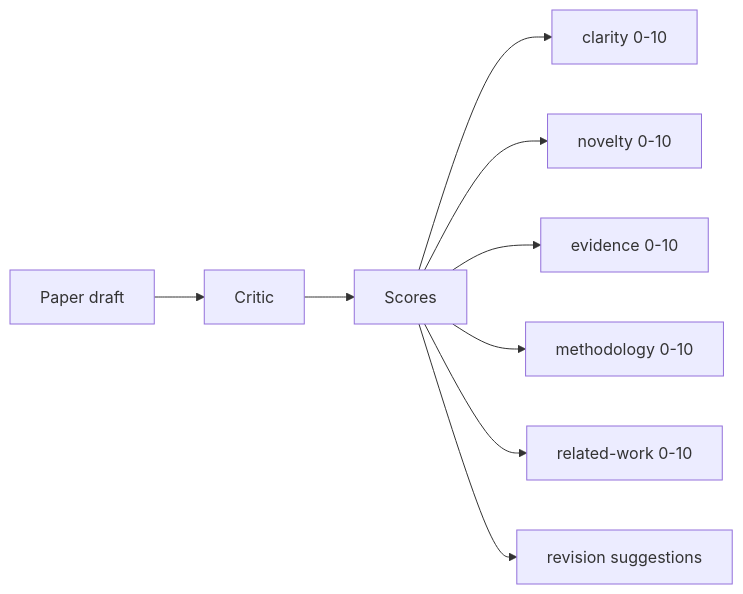
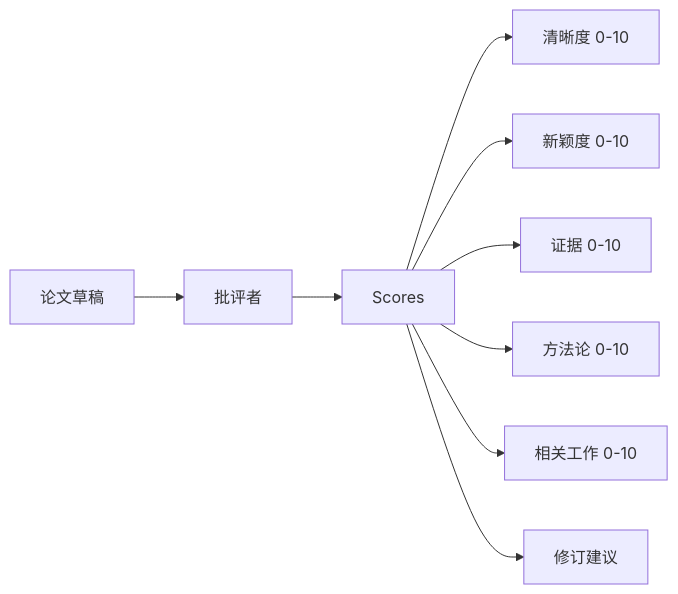
Before and after one commit to guangningsun/ailearning: the first of 4 diagrams in lessons/19-capstone-projects/55-critic-loop/docs/zh.md, drawn with Mermaid. The commit also changed other lines of this file and 85 other files, not shown here.

````diff
--- a/lessons/19-capstone-projects/55-critic-loop/docs/zh.md
+++ b/lessons/19-capstone-projects/55-critic-loop/docs/zh.md
@@ -24,11 +24,11 @@
 ```mermaid
 flowchart LR
-    Draft[Paper draft] --> Critic[Critic]
+    Draft[论文草稿] --> Critic[批评者]
     Critic --> Scores
-    Scores --> Clar[clarity 0-10]
-    Scores --> Nov[novelty 0-10]
-    Scores --> Ev[evidence 0-10]
-    Scores --> Meth[methodology 0-10]
-    Scores --> Rel[related-work 0-10]
-    Scores --> Revs[revision suggestions]
+    Scores --> Clar[清晰度 0-10]
+    Scores --> Nov[新颖度 0-10]
+    Scores --> Ev[证据 0-10]
+    Scores --> Meth[方法论 0-10]
+    Scores --> Rel[相关工作 0-10]
+    Scores --> Revs[修订建议]
 ```
````
